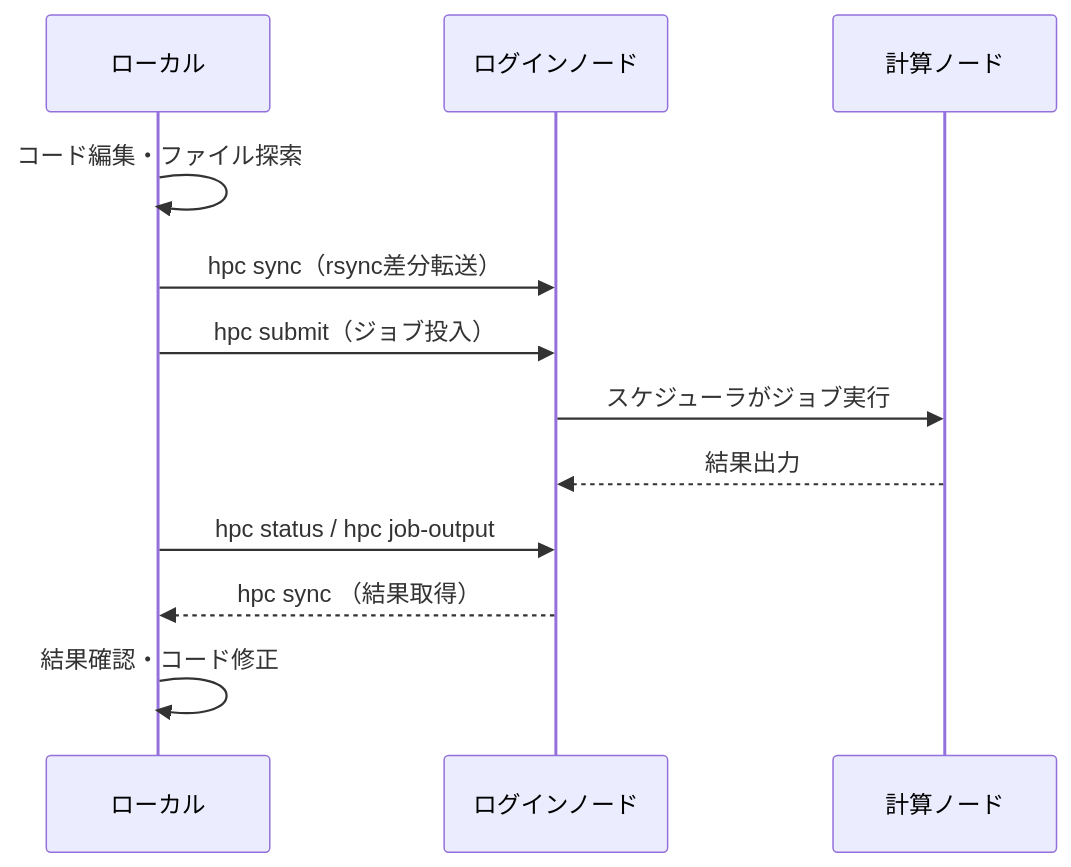
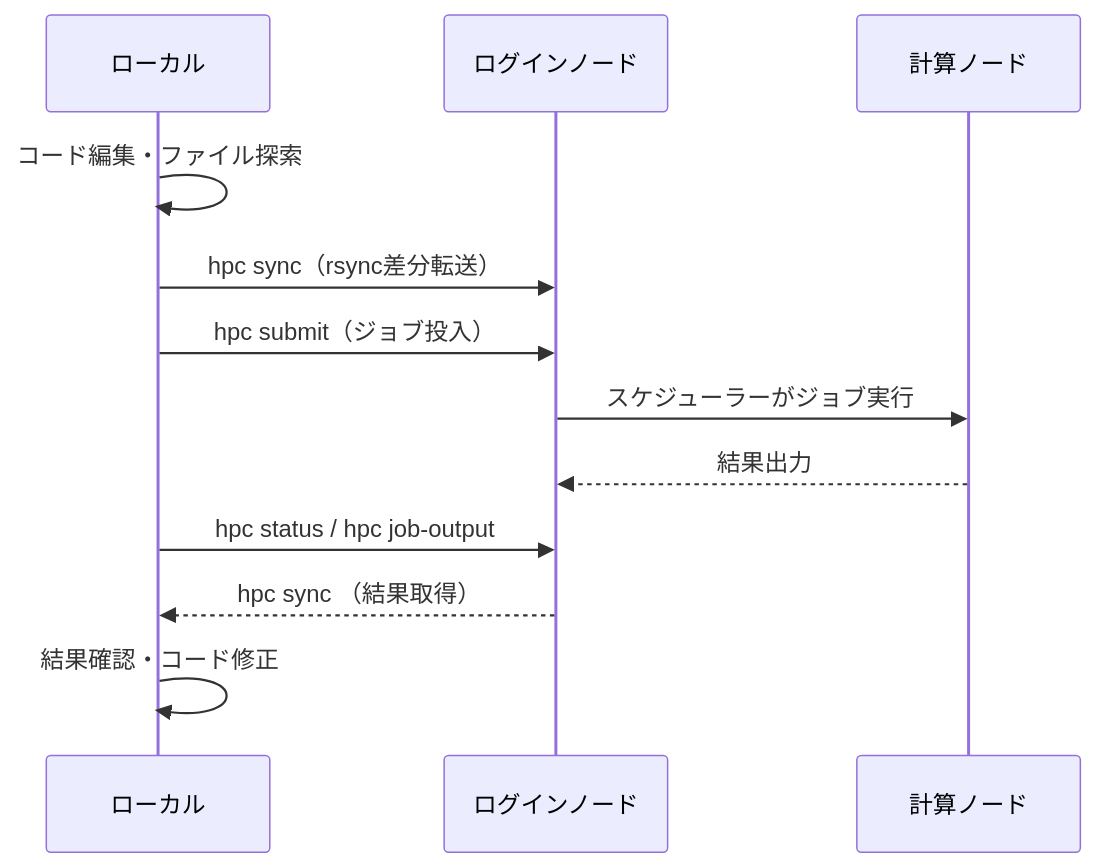
The diagram in articles/hpc-rsync-slurm-automation-cli.md (ultimatile/Zenn), drawn with Mermaid before and after one commit. The commit also changed other lines of this file, not shown here.

````diff
--- a/articles/hpc-rsync-slurm-automation-cli.md
+++ b/articles/hpc-rsync-slurm-automation-cli.md
@@ -31,14 +31,14 @@
 ```mermaid
 sequenceDiagram
     participant L as ローカル
     participant LN as ログインノード
     participant CN as 計算ノード
     L->>L: コード編集・ファイル探索
     L->>LN: hpc sync（rsync差分転送）
     L->>LN: hpc submit（ジョブ投入）
-    LN->>CN: スケジューラがジョブ実行
+    LN->>CN: スケジューラーがジョブ実行
     CN-->>LN: 結果出力
     L->>LN: hpc status / hpc job-output
     LN-->>L: hpc sync （結果取得）
     L->>L: 結果確認・コード修正
 ```
````
